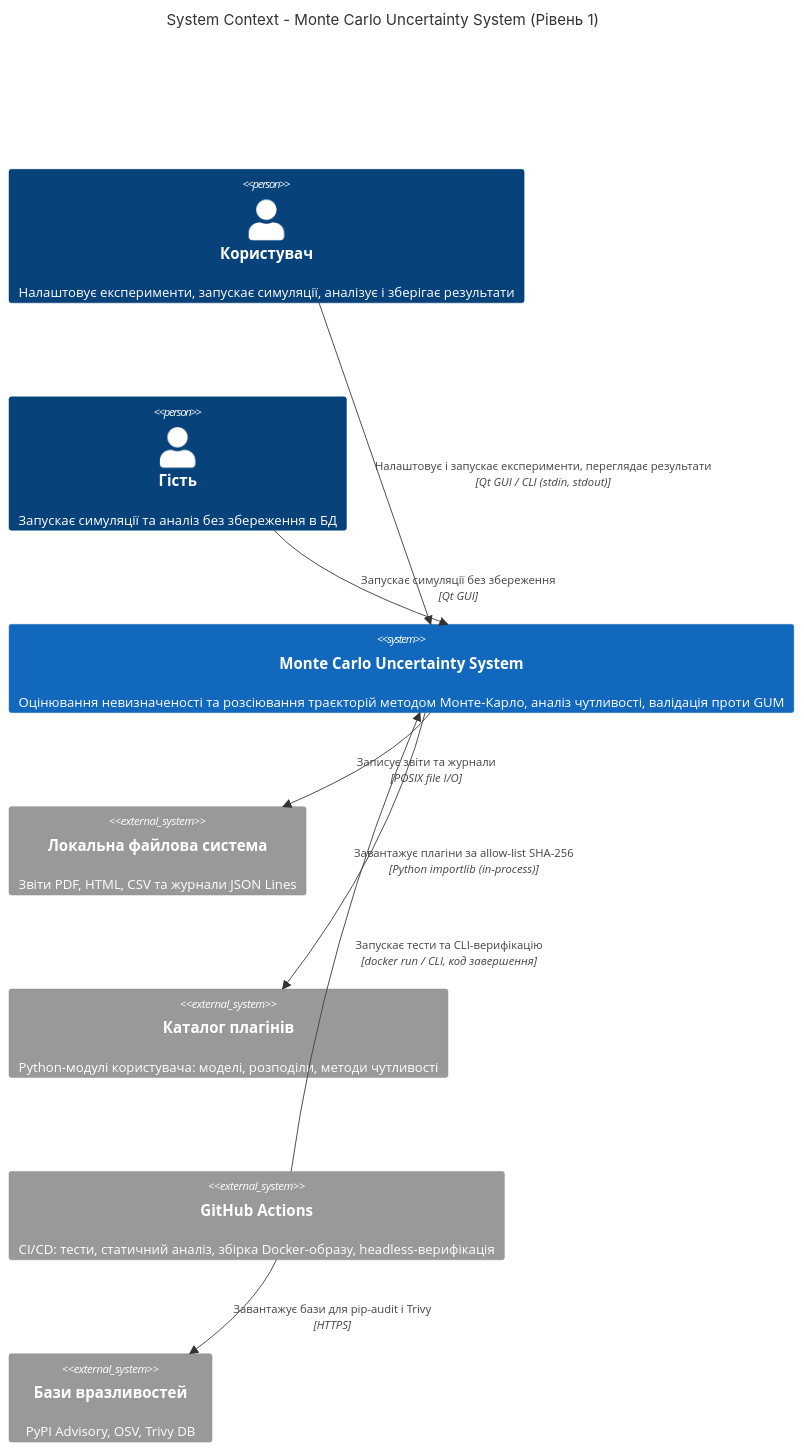
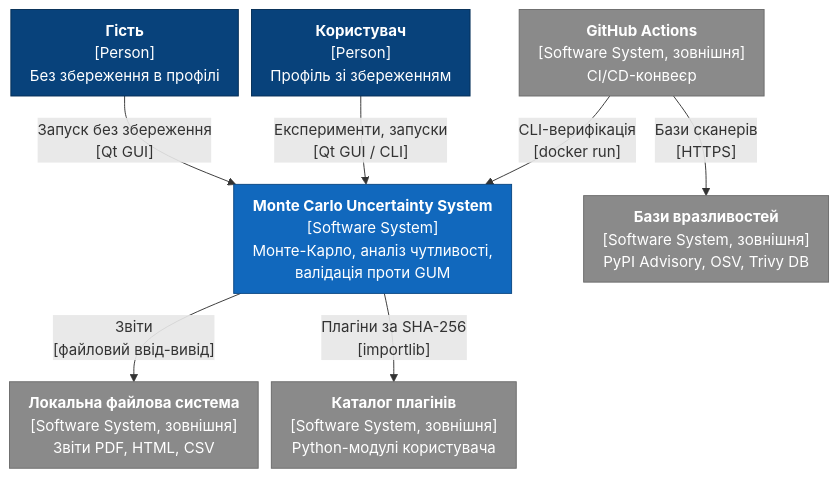
Before and after one commit to ArtemPetrakovskyi/F2-diploma-project: the first of 14 diagrams in docs/2_design.md, drawn with Mermaid. The commit also changed other lines of this file and 7 other files, not shown here.

First line of the commit message:
docs: add architecture rationale, use cases, API topology and AppSec (LR7)

````diff
--- a/docs/2_design.md
+++ b/docs/2_design.md
@@ -17,21 +74,23 @@
 ```mermaid
-C4Context
-  title System Context - Monte Carlo Uncertainty System (Рівень 1)
-
-  Person(user, "Користувач", "Налаштовує експерименти, запускає симуляції, аналізує і зберігає результати")
-  Person(guest, "Гість", "Запускає симуляції та аналіз без збереження в БД")
-
-  System(mcs, "Monte Carlo Uncertainty System", "Оцінювання невизначеності та розсіювання траєкторій методом Монте-Карло, аналіз чутливості, валідація проти GUM")
-
-  System_Ext(fs, "Локальна файлова система", "Звіти PDF, HTML, CSV та журнали JSON Lines")
-  System_Ext(plug, "Каталог плагінів", "Python-модулі користувача: моделі, розподіли, методи чутливості")
-  System_Ext(ci, "GitHub Actions", "CI/CD: тести, статичний аналіз, збірка Docker-образу, headless-верифікація")
-  System_Ext(vulndb, "Бази вразливостей", "PyPI Advisory, OSV, Trivy DB")
-
-  Rel(user, mcs, "Налаштовує і запускає експерименти, переглядає результати", "Qt GUI / CLI (stdin, stdout)")
-  Rel(guest, mcs, "Запускає симуляції без збереження", "Qt GUI")
-  Rel(mcs, fs, "Записує звіти та журнали", "POSIX file I/O")
-  Rel(mcs, plug, "Завантажує плагіни за allow-list SHA-256", "Python importlib (in-process)")
-  Rel(ci, mcs, "Запускає тести та CLI-верифікацію", "docker run / CLI, код завершення")
-  Rel(ci, vulndb, "Завантажує бази для pip-audit і Trivy", "HTTPS")
+%%{init: {"layout": "dagre", "flowchart": {"nodeSpacing": 14, "rankSpacing": 46, "padding": 10, "wrappingWidth": 400, "minNodeWidth": 0, "htmlLabels": true}}}%%
+flowchart TB
+    guest["<b>Гість</b><br/>[Person]<br/>Без збереження в профілі"]:::person
+    user["<b>Користувач</b><br/>[Person]<br/>Профіль зі збереженням"]:::person
+    ci["<b>GitHub Actions</b><br/>[Software System, зовнішня]<br/>CI/CD-конвеєр"]:::ext
+    mcs["<b>Monte Carlo Uncertainty System</b><br/>[Software System]<br/>Монте-Карло, аналіз чутливості,<br/>валідація проти GUM"]:::system
+    fs["<b>Локальна файлова система</b><br/>[Software System, зовнішня]<br/>Звіти PDF, HTML, CSV"]:::ext
+    plug["<b>Каталог плагінів</b><br/>[Software System, зовнішня]<br/>Python-модулі користувача"]:::ext
+    vuln["<b>Бази вразливостей</b><br/>[Software System, зовнішня]<br/>PyPI Advisory, OSV, Trivy DB"]:::ext
+    guest -- "Запуск без збереження<br/>[Qt GUI]" --> mcs
+    user -- "Експерименти, запуски<br/>[Qt GUI / CLI]" --> mcs
+    ci -- "CLI-верифікація<br/>[docker run]" --> mcs
+    mcs -- "Звіти<br/>[файловий ввід-вивід]" --> fs
+    mcs -- "Плагіни за SHA-256<br/>[importlib]" --> plug
+    ci -- "Бази сканерів<br/>[HTTPS]" --> vuln
+    classDef person fill:#08427b,stroke:#052e56,color:#ffffff
+    classDef system fill:#1168bd,stroke:#0b4884,color:#ffffff
+    classDef ext fill:#8a8a8a,stroke:#6b6b6b,color:#ffffff
+    classDef container fill:#438dd5,stroke:#3c7fc0,color:#ffffff
+    classDef comp fill:#85bbf0,stroke:#5d82a8,color:#000000
+    classDef port fill:#dbe9f7,stroke:#5d82a8,color:#000000,stroke-dasharray: 4 3
 ```
````
